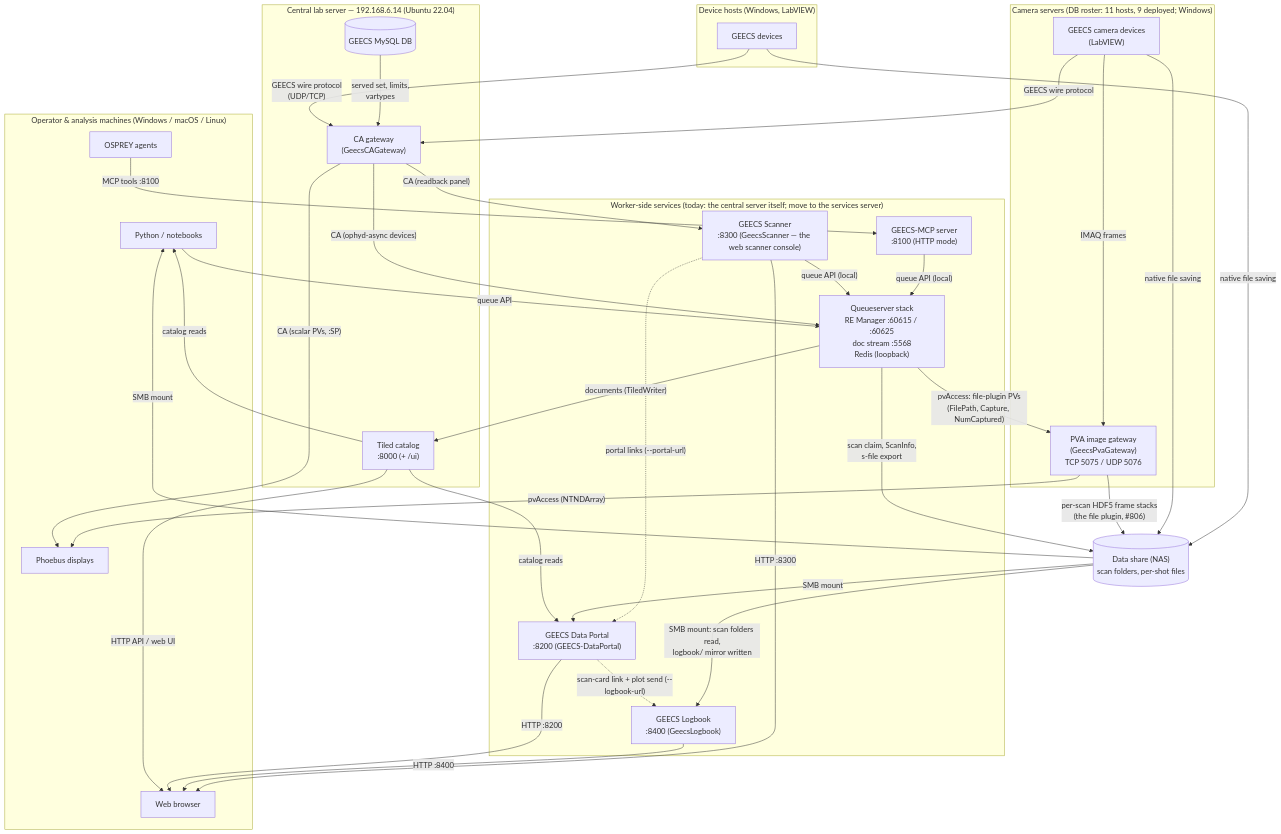
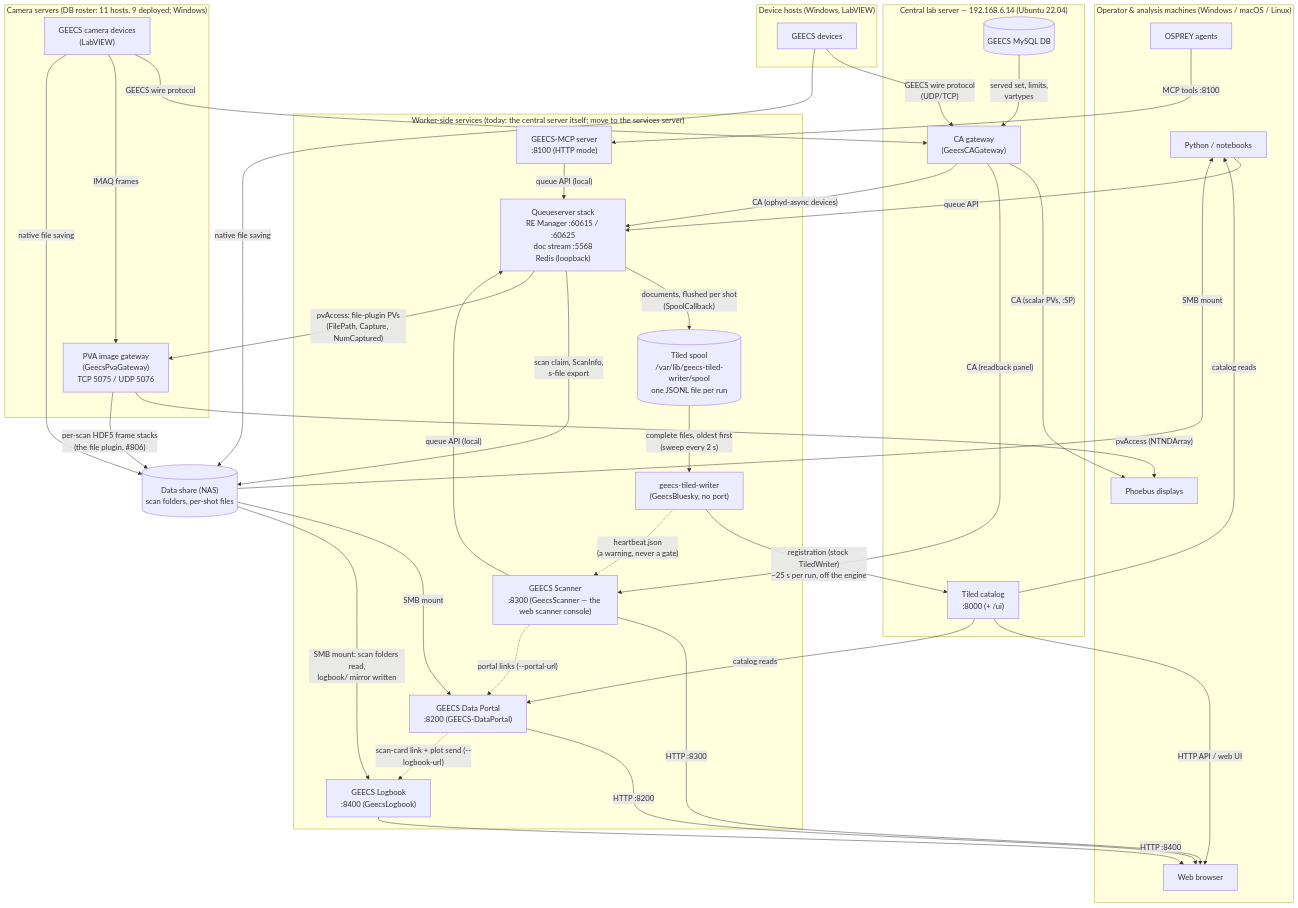
The diagram in docs/platform/fleet_map.md (GEECS-BELLA/GEECS-Plugins), drawn with Mermaid before and after one commit. The commit also changed other lines of this file and 22 other files, not shown here.

First line of the commit message:
GeecsBluesky 0.103.1 / GeecsScanner 0.14.0: deploy the Tiled writer — unit, bootstrap, fleet map, the scanner's heartbeat chip (#999)

````diff
--- a/docs/platform/fleet_map.md
+++ b/docs/platform/fleet_map.md
@@ -49,68 +55,73 @@
 ```mermaid
 flowchart TB
     subgraph clients["Operator & analysis machines (Windows / macOS / Linux)"]
         phoebus["Phoebus displays"]
         nb["Python / notebooks"]
         osprey["OSPREY agents"]
         browser["Web browser"]
     end
 
     subgraph central["Central lab server — 192.168.6.14 (Ubuntu 22.04)"]
         cagw["CA gateway<br/>(GeecsCAGateway)"]
         tiled["Tiled catalog<br/>:8000 (+ /ui)"]
         db[("GEECS MySQL DB")]
     end
 
     subgraph worker["Worker-side services (today: the central server itself; move to the services server)"]
         qs["Queueserver stack<br/>RE Manager :60615 / :60625<br/>doc stream :5568<br/>Redis (loopback)"]
         mcp["GEECS-MCP server<br/>:8100 (HTTP mode)"]
         portal["GEECS Data Portal<br/>:8200 (GEECS-DataPortal)"]
         logbook["GEECS Logbook<br/>:8400 (GeecsLogbook)"]
         scanner["GEECS Scanner<br/>:8300 (GeecsScanner — the web scanner console)"]
+        spool[("Tiled spool<br/>/var/lib/geecs-tiled-writer/spool<br/>one JSONL file per run")]
+        writer["geecs-tiled-writer<br/>(GeecsBluesky, no port)"]
     end
 
     subgraph camsrv["Camera servers (DB roster: 11 hosts, 9 deployed; Windows)"]
         cams["GEECS camera devices<br/>(LabVIEW)"]
         pvagw["PVA image gateway<br/>(GeecsPvaGateway)<br/>TCP 5075 / UDP 5076"]
     end
 
     subgraph devhosts["Device hosts (Windows, LabVIEW)"]
         devs["GEECS devices"]
     end
 
     nas[("Data share (NAS)<br/>scan folders, per-shot files")]
 
     devs -- "GEECS wire protocol<br/>(UDP/TCP)" --> cagw
     cams -- "GEECS wire protocol" --> cagw
     cams -- "IMAQ frames" --> pvagw
     db -- "served set, limits,<br/>vartypes" --> cagw
 
     cagw -- "CA (scalar PVs, :SP)" --> phoebus
     cagw -- "CA (readback panel)" --> scanner
     cagw -- "CA (ophyd-async devices)" --> qs
     pvagw -- "pvAccess (NTNDArray)" --> phoebus
 
     scanner -- "queue API (local)" --> qs
     nb -- "queue API" --> qs
     osprey -- "MCP tools :8100" --> mcp
     mcp -- "queue API (local)" --> qs
 
-    qs -- "documents (TiledWriter)" --> tiled
+    qs -- "documents, flushed per shot<br/>(SpoolCallback)" --> spool
+    spool -- "complete files, oldest first<br/>(sweep every 2 s)" --> writer
+    writer -- "registration (stock TiledWriter)<br/>~25 s per run, off the engine" --> tiled
+    writer -. "heartbeat.json<br/>(a warning, never a gate)" .-> scanner
     qs -- "scan claim, ScanInfo,<br/>s-file export" --> nas
     qs -- "pvAccess: file-plugin PVs<br/>(FilePath, Capture, NumCaptured)" --> pvagw
     pvagw -- "per-scan HDF5 frame stacks<br/>(the file plugin, #806)" --> nas
     cams -- "native file saving" --> nas
     devs -- "native file saving" --> nas
 
     tiled -- "HTTP API / web UI" --> browser
     tiled -- "catalog reads" --> nb
     tiled -- "catalog reads" --> portal
     nas -- "SMB mount" --> portal
     portal -- "HTTP :8200" --> browser
     portal -. "scan-card link + plot send (--logbook-url)" .-> logbook
     nas -- "SMB mount: scan folders read,<br/>logbook/ mirror written" --> logbook
     logbook -- "HTTP :8400" --> browser
     scanner -- "HTTP :8300" --> browser
     scanner -. "portal links (--portal-url)" .-> portal
     nas -- "SMB mount" --> nb
 ```
````
